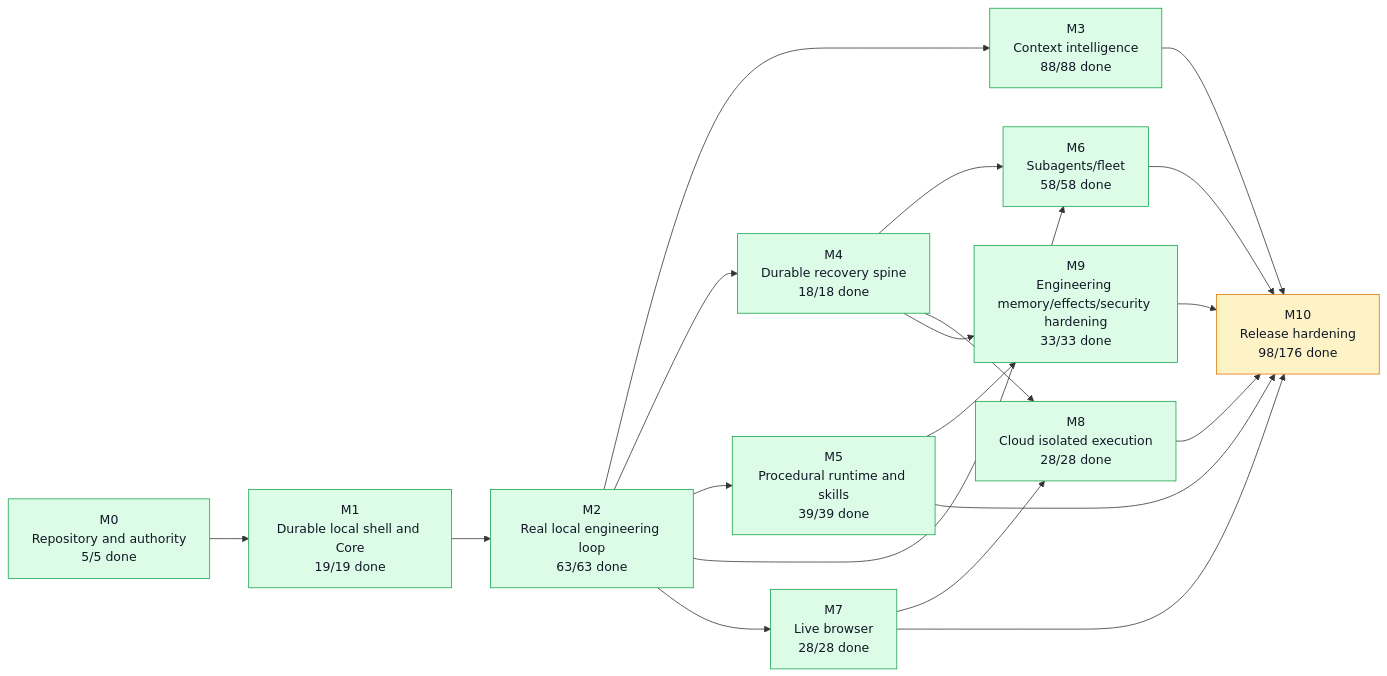
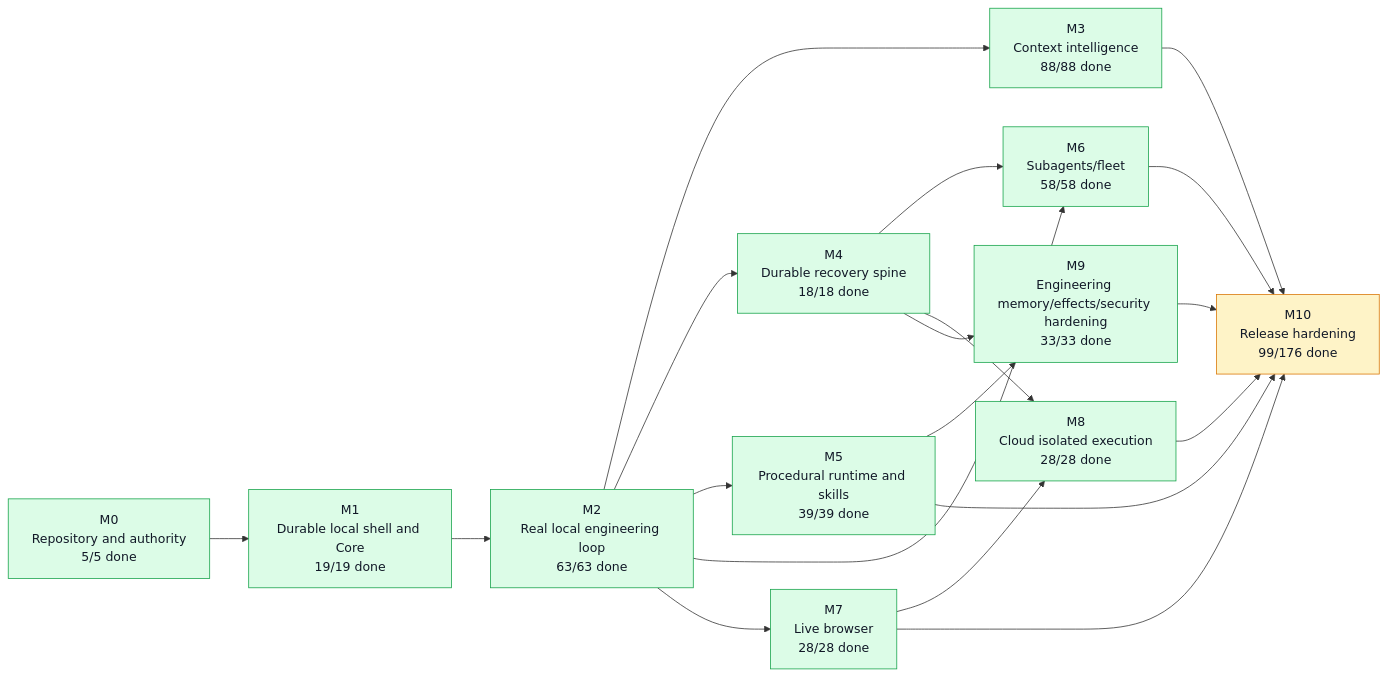
Before and after one commit to moss101/modbit: the first of 5 diagrams in graph/PROJECT_GRAPH.md, drawn with Mermaid. The commit also changed other lines of this file and 5 other files, not shown here.

````diff
--- a/graph/PROJECT_GRAPH.md
+++ b/graph/PROJECT_GRAPH.md
@@ -57,43 +57,43 @@
 ```mermaid
 flowchart LR
   M0["M0<br/>Repository and authority<br/>5/5 done"]
   M1["M1<br/>Durable local shell and Core<br/>19/19 done"]
   M2["M2<br/>Real local engineering loop<br/>63/63 done"]
   M3["M3<br/>Context intelligence<br/>88/88 done"]
   M4["M4<br/>Durable recovery spine<br/>18/18 done"]
   M5["M5<br/>Procedural runtime and skills<br/>39/39 done"]
   M6["M6<br/>Subagents/fleet<br/>58/58 done"]
   M7["M7<br/>Live browser<br/>28/28 done"]
   M8["M8<br/>Cloud isolated execution<br/>28/28 done"]
   M9["M9<br/>Engineering memory/effects/security hardening<br/>33/33 done"]
-  M10["M10<br/>Release hardening<br/>98/176 done"]
+  M10["M10<br/>Release hardening<br/>99/176 done"]
   M0 --> M1
   M1 --> M2
   M2 --> M3
   M2 --> M4
   M2 --> M5
   M2 --> M6
   M4 --> M6
   M2 --> M7
   M4 --> M8
   M7 --> M8
   M4 --> M9
   M5 --> M9
   M3 --> M10
   M5 --> M10
   M6 --> M10
   M7 --> M10
   M8 --> M10
   M9 --> M10
   style M0 fill:#dcfce7,stroke:#16a34a,color:#111827
   style M1 fill:#dcfce7,stroke:#16a34a,color:#111827
   style M2 fill:#dcfce7,stroke:#16a34a,color:#111827
   style M3 fill:#dcfce7,stroke:#16a34a,color:#111827
   style M4 fill:#dcfce7,stroke:#16a34a,color:#111827
   style M5 fill:#dcfce7,stroke:#16a34a,color:#111827
   style M6 fill:#dcfce7,stroke:#16a34a,color:#111827
   style M7 fill:#dcfce7,stroke:#16a34a,color:#111827
   style M8 fill:#dcfce7,stroke:#16a34a,color:#111827
   style M9 fill:#dcfce7,stroke:#16a34a,color:#111827
   style M10 fill:#fef3c7,stroke:#d97706,color:#111827
 ```
````
